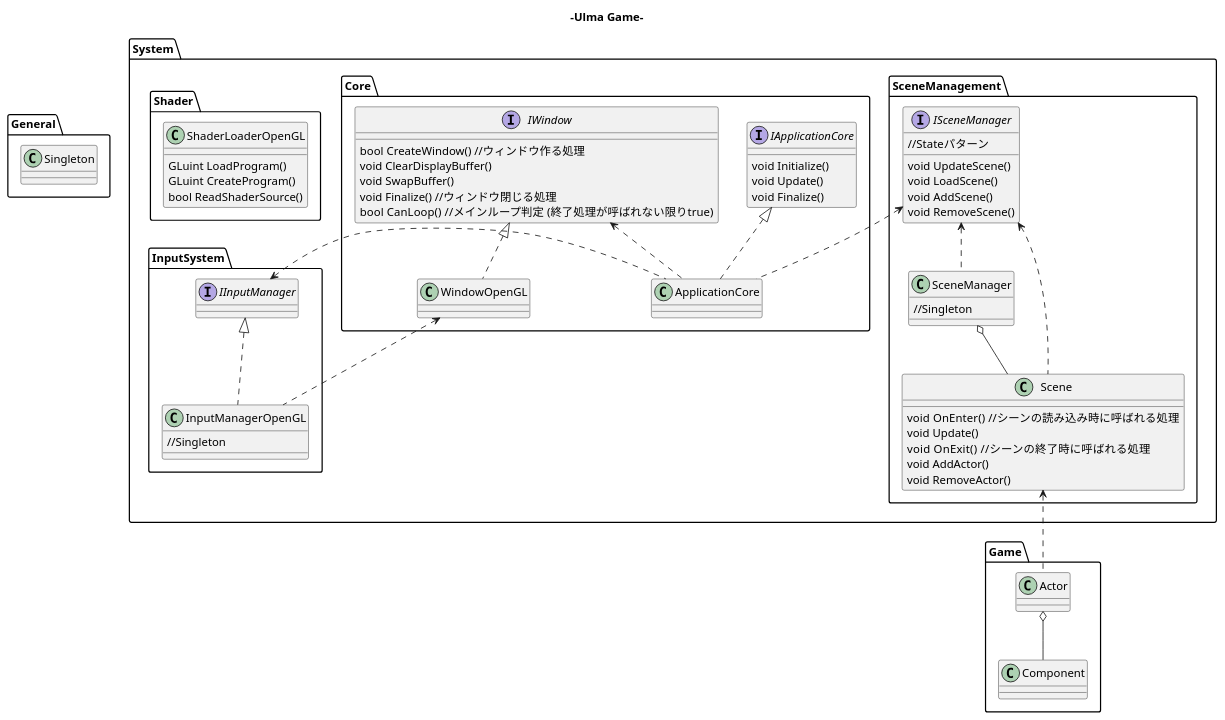
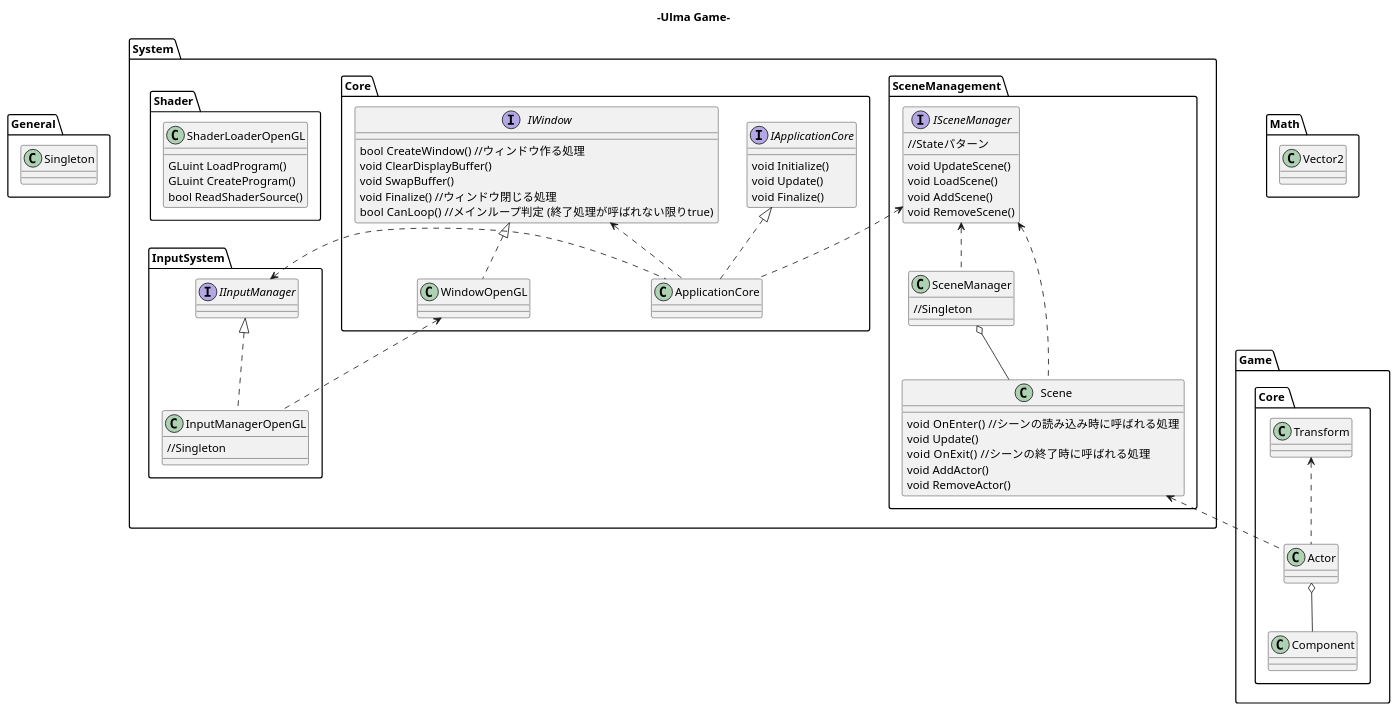
Before and after one commit to Ulma-S/UlmaGame: the diagram in Specification/uml/class_diagram.pu, drawn with PlantUML. The commit also changed 16 other files, not shown here.

```diff
--- a/Specification/uml/class_diagram.pu
+++ b/Specification/uml/class_diagram.pu
@@ -1,95 +1,108 @@
 @startuml
 title -Ulma Game-
 package General{
     class Singleton{
 
     }
 }
 
 package System{
     package Core{
         interface IWindow{
             bool CreateWindow() //ウィンドウ作る処理
             void ClearDisplayBuffer()
             void SwapBuffer()
             void Finalize() //ウィンドウ閉じる処理
             bool CanLoop()  //メインループ判定 (終了処理が呼ばれない限りtrue)
         }
 
         class WindowOpenGL{
         }
         IWindow <|.. WindowOpenGL
 
         interface IApplicationCore{
             void Initialize()
             void Update()
             void Finalize()
         }
 
         class ApplicationCore{
 
         }
         IApplicationCore <|.. ApplicationCore
         IWindow <.. ApplicationCore
     }
 
     package SceneManagement{
         interface ISceneManager{
             //Stateパターン
             void UpdateScene()
             void LoadScene()
             void AddScene()
             void RemoveScene()
         }
 
         class SceneManager{
             //Singleton
         }
 
         class Scene{
             void OnEnter()  //シーンの読み込み時に呼ばれる処理
             void Update()
             void OnExit()   //シーンの終了時に呼ばれる処理
             void AddActor()
             void RemoveActor()
         }
         ISceneManager <.. SceneManager
         ISceneManager <.. Scene
         SceneManager o-- Scene
     }
     ISceneManager <.. ApplicationCore
 
     package InputSystem{
         interface IInputManager{
 
         }
 
         class InputManagerOpenGL{
             //Singleton
         }
         IInputManager <|.. InputManagerOpenGL
         WindowOpenGL <.. InputManagerOpenGL
         IInputManager <.. ApplicationCore
     }
 
     package Shader{
         class ShaderLoaderOpenGL{
             GLuint LoadProgram()
             GLuint CreateProgram()
             bool ReadShaderSource()
         }
     }
 }
 
-package Game{
-    class Actor{
+package Math{
+    class Vector2{
 
     }
+}
 
-    class Component{
+package Game{
+    package "Core " {
+        class Actor{
 
+        }
+
+        class Component{
+            
+        }
+
+        class Transform{
+
+        }
+        Transform <.. Actor
     }
 }
 Scene <.. Actor
 Actor o-- Component
 @enduml
```
